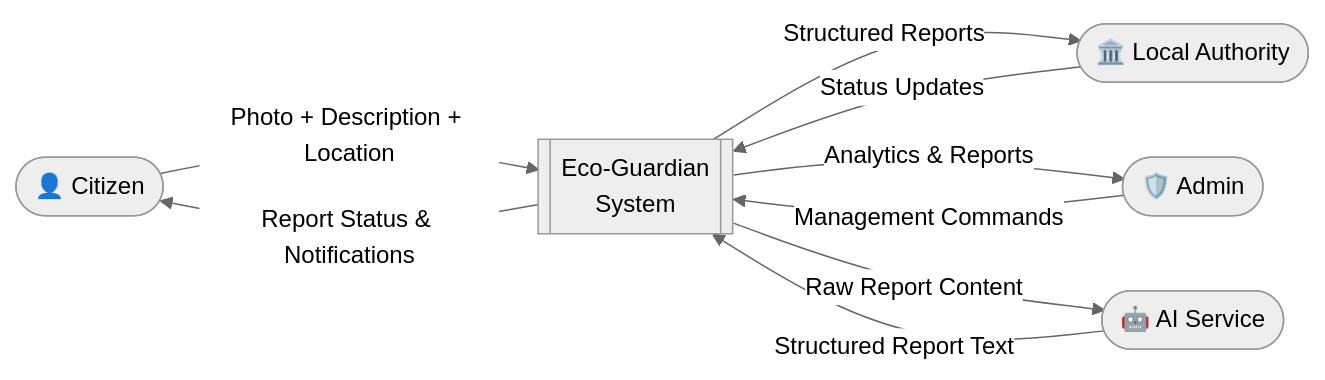
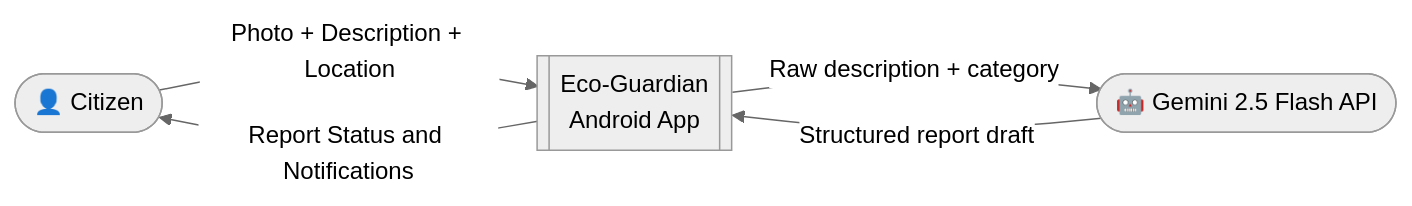
One commit to yousef-MAjeeb/Eco-Guardian changed the fourth of 11 diagrams in App Documentation/System Analysis & Design — Eco-Guardian.md. Above: the diagram before and after it, drawn with Mermaid (neutral theme). The commit also changed other lines of this file, not shown here.

Commit message:
update: System Analysis & Design

````diff
--- a/App Documentation/System Analysis & Design — Eco-Guardian.md
+++ b/App Documentation/System Analysis & Design — Eco-Guardian.md
@@ -238,18 +223,12 @@
 ```mermaid
 flowchart LR
-    Citizen([👤 Citizen])
-    Authority([🏛️ Local Authority])
-    Admin([🛡️ Admin])
-    AI_Ext([🤖 AI Service])
+    Citizen(["👤 Citizen"])
+    AI_Ext(["🤖 Gemini 2.5 Flash API"])
 
-    Sys[[Eco-Guardian\nSystem]]
+    Sys[["Eco-Guardian\nAndroid App"]]
 
     Citizen -->|"Photo + Description + Location"| Sys
-    Sys -->|"Report Status & Notifications"| Citizen
-    Sys -->|"Structured Reports"| Authority
-    Authority -->|"Status Updates"| Sys
-    Admin -->|"Management Commands"| Sys
-    Sys -->|"Analytics & Reports"| Admin
-    Sys -->|"Raw Report Content"| AI_Ext
-    AI_Ext -->|"Structured Report Text"| Sys
+    Sys -->|"Report Status and Notifications"| Citizen
+    Sys -->|"Raw description + category"| AI_Ext
+    AI_Ext -->|"Structured report draft"| Sys
 ```
````
